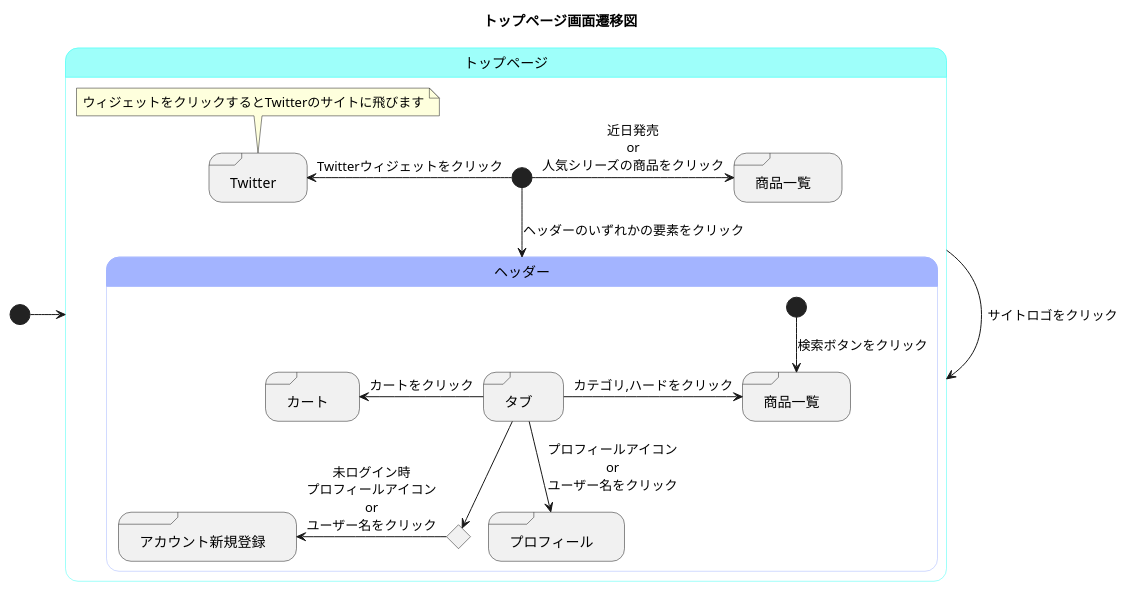
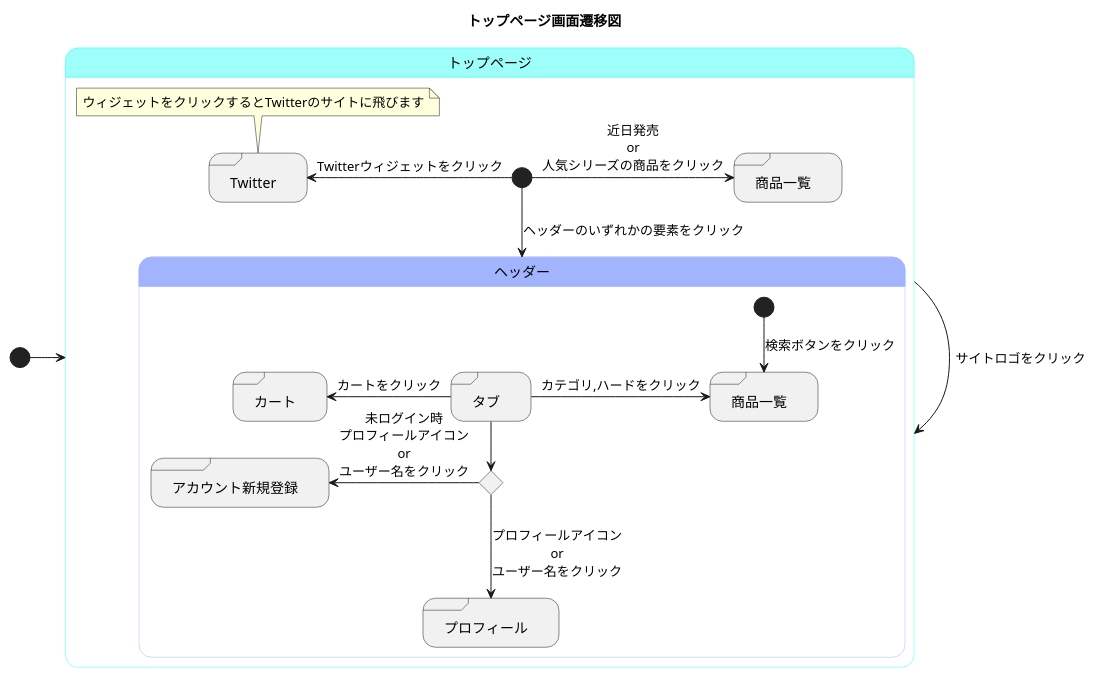
The diagram in メインページ.md (akutori/T-D-E), drawn with PlantUML before and after one commit.

Commit message:
遷移先を調整

````diff
--- a/メインページ.md
+++ b/メインページ.md
@@ -1,49 +1,49 @@
 ```uml
 @startuml
 title トップページ画面遷移図
 
 [*]->トップページ
 state トップページ<<mainpage>>{
 
     state "商品一覧" as maintogoods<<sdlreceive>>
     state "Twitter"<<sdlreceive>>
 
     トップページ -> トップページ : サイトロゴをクリック
     [*]-->ヘッダー : ヘッダーのいずれかの要素をクリック
     [*]-> maintogoods : 近日発売\nor\n人気シリーズの商品をクリック
     [*]-left->Twitter : Twitterウィジェットをクリック
     note top of Twitter
         ウィジェットをクリックするとTwitterのサイトに飛びます
     end note
 
     
 
     state ヘッダー<<state_headder>>{
 
         state "タブ" as tab <<sdlreceive>>
         state "カート" as cart <<sdlreceive>>
         state "プロフィール" as profile <<sdlreceive>>
         state "商品一覧" as goods<<sdlreceive>>
         state "アカウント新規登録" as register<<sdlreceive>>
         state input <<choice>>
 
         [*]-->goods : 検索ボタンをクリック
         tab ->goods : カテゴリ,ハードをクリック
         tab -left->cart : カートをクリック
         tab --> input
         input -left-> register : 未ログイン時\nプロフィールアイコン\nor\nユーザー名をクリック
-        tab -->profile : プロフィールアイコン\nor\nユーザー名をクリック
+        input -->profile : プロフィールアイコン\nor\nユーザー名をクリック
 
 
     }
 }
 
 
 skinparam stateBorderColor<<mainpage>> #40fff5
 state トップページ #9efffa
 
 skinparam stateBorderColor<<state_headder>> #a3b4ff
 state ヘッダー #a3b4ff
 state Twitter #ffcfcf
 @enduml
 ```
````
